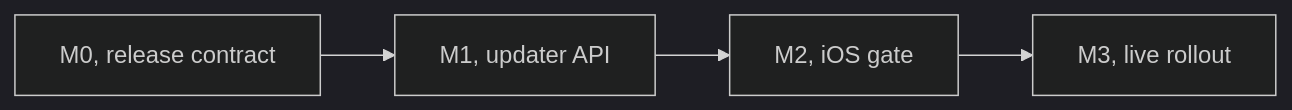
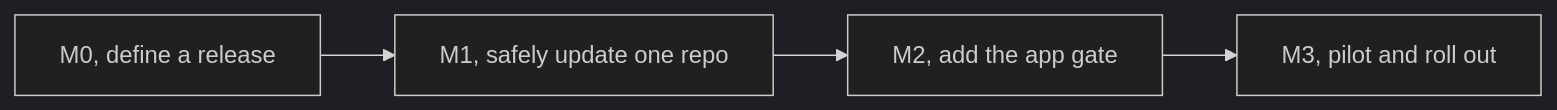
Before and after one commit to sibling-shipyard/coach-hq: the third of 3 diagrams in docs/plans/platform-athlete-repo-updates-v1.md, drawn with Mermaid (dark theme). The commit also changed other lines of this file, not shown here.

Commit message:
core: rewrite repo update plan for reviewers (#327)

````diff
--- a/docs/plans/platform-athlete-repo-updates-v1.md
+++ b/docs/plans/platform-athlete-repo-updates-v1.md
@@ -64,4 +66,4 @@
 ```mermaid
 flowchart LR
-  m0["M0, release contract"] --> m1["M1, updater API"] --> m2["M2, iOS gate"] --> m3["M3, live rollout"]
+  m0["M0, define a release"] --> m1["M1, safely update one repo"] --> m2["M2, add the app gate"] --> m3["M3, pilot and roll out"]
 ```
````
